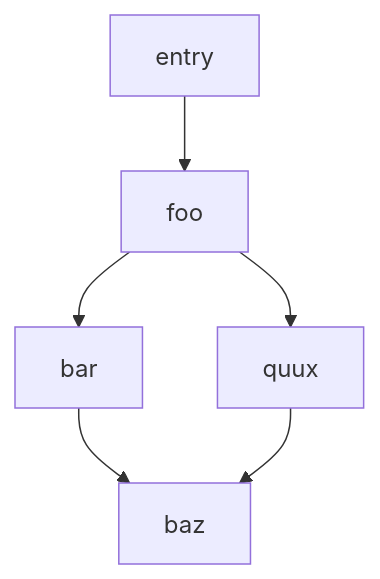
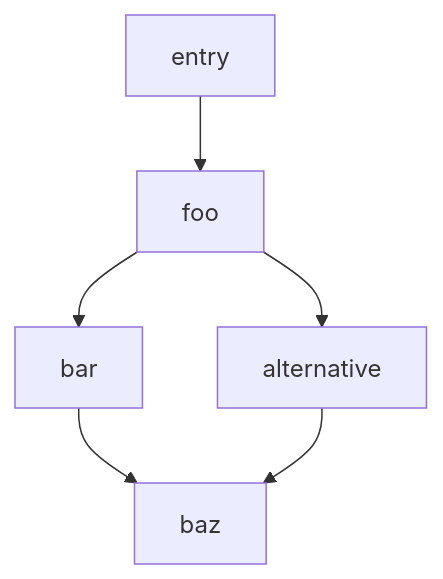
The third of 4 diagrams in packages/path-compare/README.md (jbotson/endo-but-for-bots), drawn with Mermaid before and after one commit. The commit also changed other lines of this file, not shown here.

Commit message:
docs(path-compare): Demonstrate priority of cumulative length over lexicographic comparison

````diff
--- a/packages/path-compare/README.md
+++ b/packages/path-compare/README.md
@@ -38,8 +38,8 @@
 ```mermaid
 graph TD
   entry --> foo
   foo --> bar
-  foo --> quux
+  foo --> alternative
   bar --> baz
-  quux --> baz
+  alternative --> baz
 ```
````
